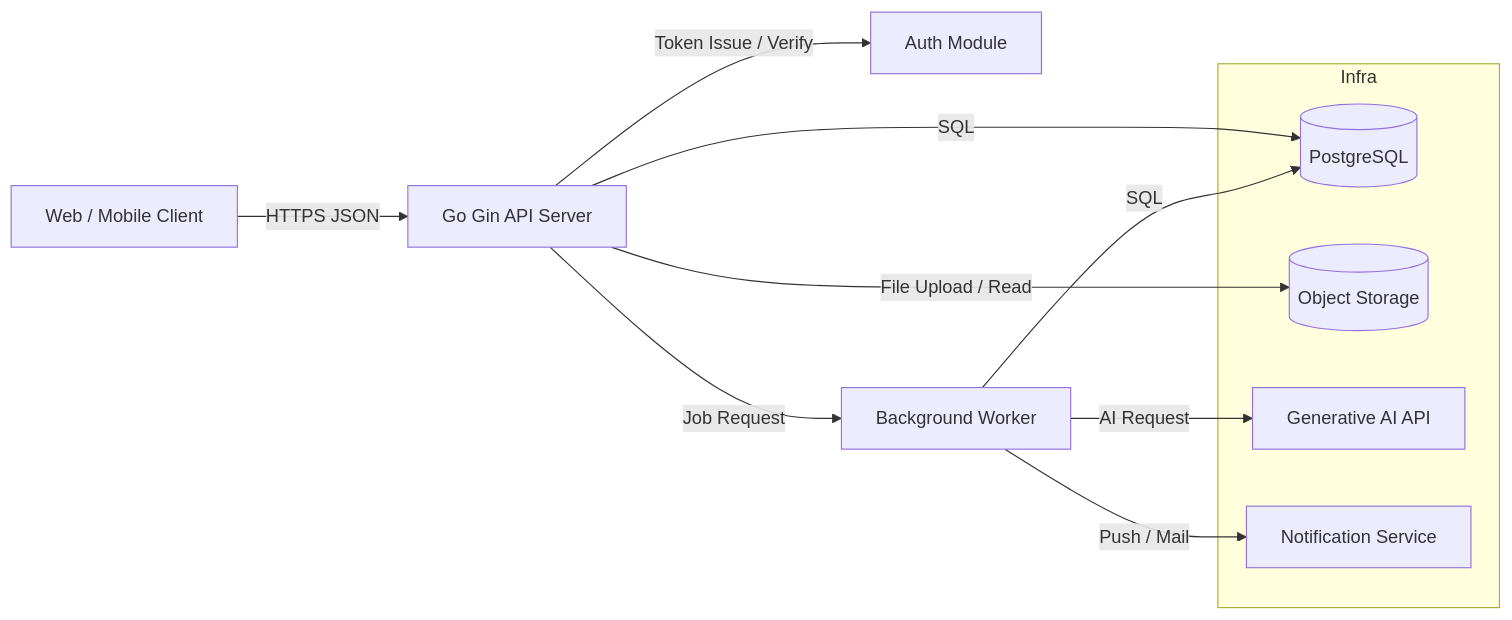
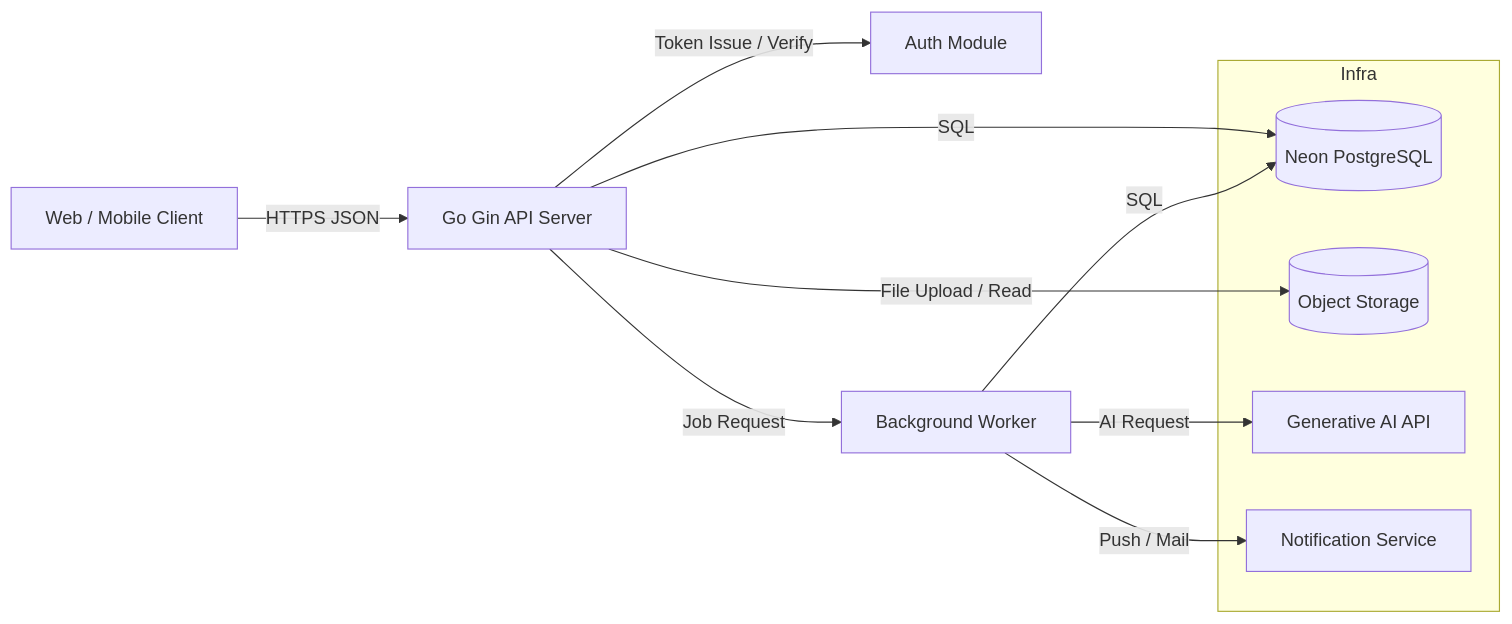
One commit to Electric-Sheep-team6/backend changed the first of 4 diagrams in doc/basic_design/architecture.md. Above: the diagram before and after it, drawn with Mermaid. The commit also changed other lines of this file and 3 other files, not shown here.

````diff
--- a/doc/basic_design/architecture.md
+++ b/doc/basic_design/architecture.md
@@ -7,18 +7,18 @@
 ```mermaid
 graph LR
   Web[Web / Mobile Client] -->|HTTPS JSON| API[Go Gin API Server]
-  API -->|SQL| DB[(PostgreSQL)]
+  API -->|SQL| DB[(Neon PostgreSQL)]
   API -->|File Upload / Read| Storage[(Object Storage)]
   API -->|Token Issue / Verify| Auth[Auth Module]
   API -->|Job Request| Worker[Background Worker]
   Worker -->|SQL| DB
   Worker -->|AI Request| AI[Generative AI API]
   Worker -->|Push / Mail| Notify[Notification Service]
 
   subgraph Infra
     DB
     Storage
     AI
     Notify
   end
 ```
````
